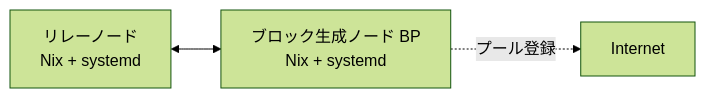
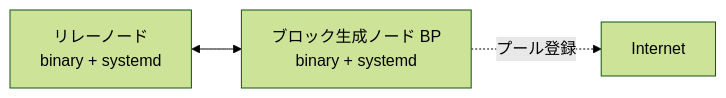
One commit to kuhito-inc/spojapanguild changed the diagram in content/docs/cardano/leios-testnet/index.mdx. Above: the diagram before and after it, drawn with Mermaid (forest theme). The commit also changed other lines of this file and 5 other files, not shown here.

Commit message:
Changes to Musashi Test Setup Switching from Nix setup to binary setup

````diff
--- a/content/docs/cardano/leios-testnet/index.mdx
+++ b/content/docs/cardano/leios-testnet/index.mdx
@@ -61,6 +61,6 @@
 ```mermaid
 graph LR
-    Relay[リレーノード<br/>Nix + systemd];
-    Relay <--> BP[ブロック生成ノード BP<br/>Nix + systemd];
+    Relay[リレーノード<br/>binary + systemd];
+    Relay <--> BP[ブロック生成ノード BP<br/>binary + systemd];
     BP -.プール登録.-> Internet;
 ```
````
